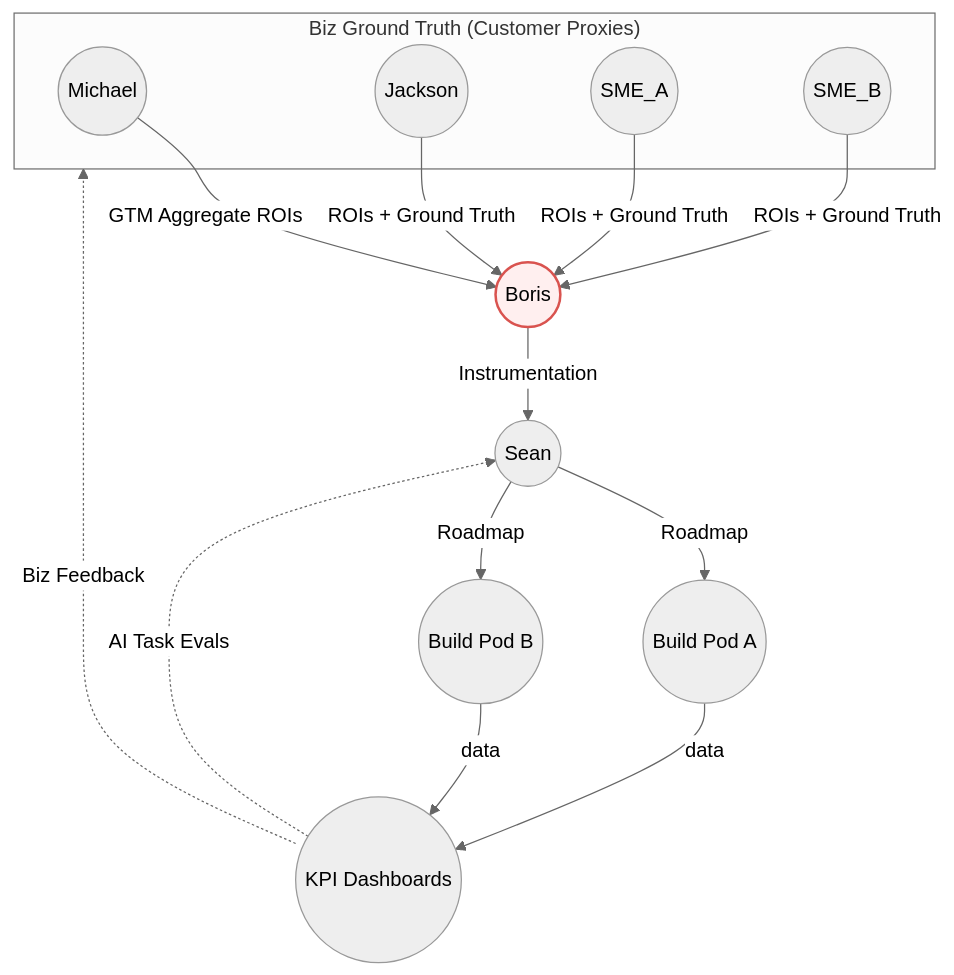
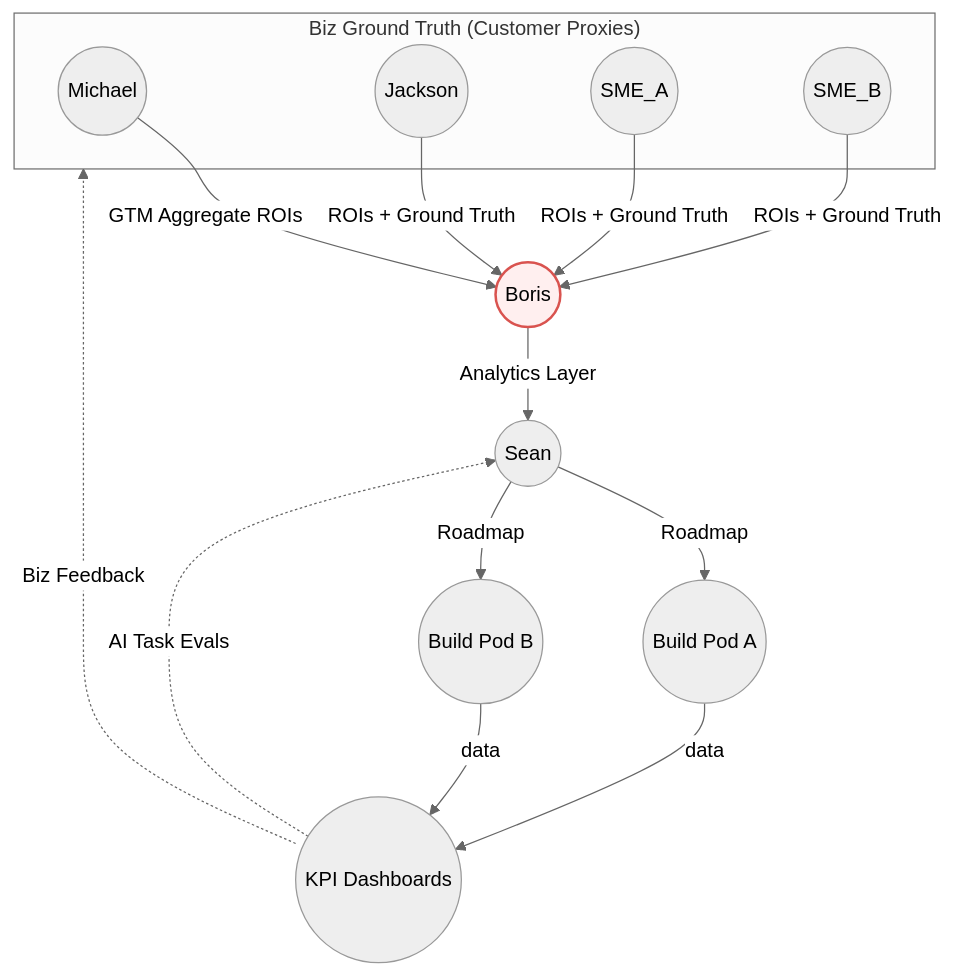
Before and after one commit to borisdev/resume: the diagram in MICHAEL.md, drawn with Mermaid (neutral theme).

````diff
--- a/MICHAEL.md
+++ b/MICHAEL.md
@@ -16,32 +16,32 @@
 ```mermaid
 flowchart TD
     subgraph DecisionMakers["Biz Ground Truth (Customer Proxies)"]
         M((Michael))
         J((Jackson))
         SME_A((SME_A))
         SME_B((SME_B))
     end
     B((Boris))
     S((Sean))
     TeamA(("Build Pod A"))
     TeamB(("Build Pod B"))
     Dashboards(("KPI Dashboards"))
 
     %% Flows
     M -->|"GTM Aggregate ROIs"| B
     J -->|"ROIs + Ground Truth"| B
     SME_A -->|"ROIs + Ground Truth"| B
     SME_B -->|"ROIs + Ground Truth"| B
-    B -->|"Instrumentation"| S
+    B -->|"Analytics Layer"| S
     S -->|"Roadmap"| TeamA
     S -->|"Roadmap"| TeamB
     TeamA -->|"data"| Dashboards
     TeamB -->|"data"| Dashboards
     Dashboards -.->|"Biz Feedback"| DecisionMakers
     Dashboards -.->|"AI Task Evals"| S
 
     %% Styling
     classDef highlight fill:#ffefef,stroke:#d9534f,stroke-width:2px;
     class B highlight;
 
 ```
````
